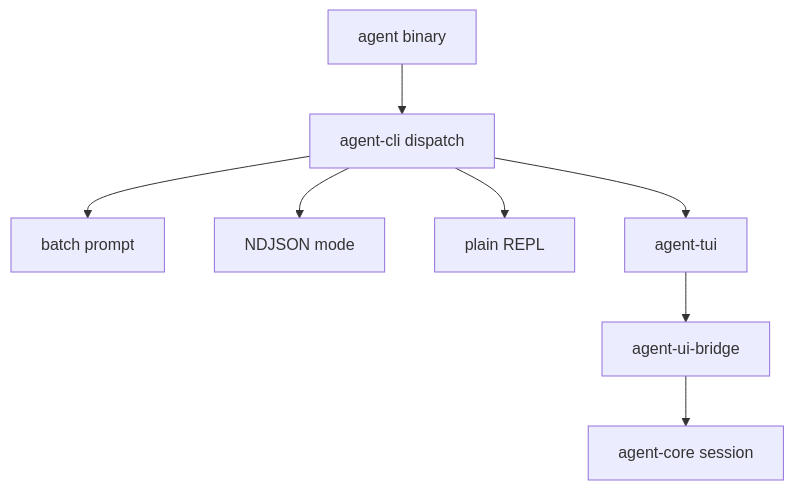
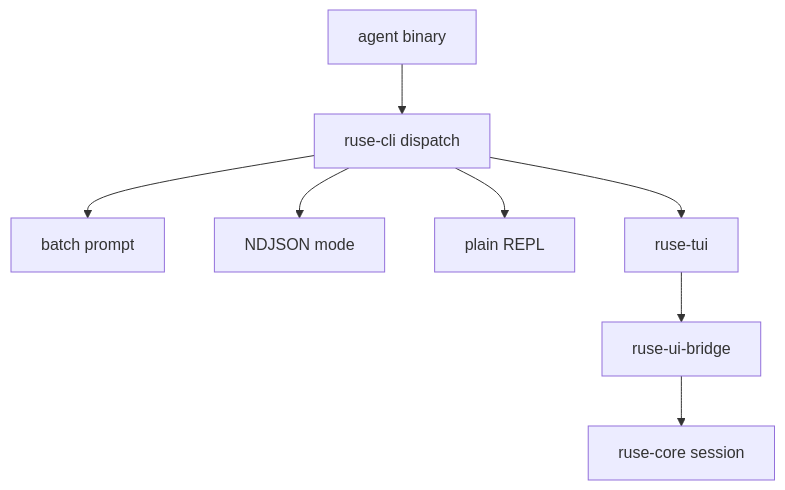
The diagram in docs/specs/M20-00-terminal-ux-tui-technical-design.spec.md (poneding/agent), drawn with Mermaid before and after one commit. The commit also changed other lines of this file and 2091 other files, not shown here.

First line of the commit message:
refactor: rename agent branding to ruse

````diff
--- a/docs/specs/M20-00-terminal-ux-tui-technical-design.spec.md
+++ b/docs/specs/M20-00-terminal-ux-tui-technical-design.spec.md
@@ -37,10 +37,10 @@
 ```mermaid
 flowchart TD
-  Binary["agent binary"] --> CLI["agent-cli dispatch"]
+  Binary["agent binary"] --> CLI["ruse-cli dispatch"]
   CLI --> Batch["batch prompt"]
   CLI --> Json["NDJSON mode"]
   CLI --> Plain["plain REPL"]
-  CLI --> TUI["agent-tui"]
-  TUI --> Bridge["agent-ui-bridge"]
-  Bridge --> Runtime["agent-core session"]
+  CLI --> TUI["ruse-tui"]
+  TUI --> Bridge["ruse-ui-bridge"]
+  Bridge --> Runtime["ruse-core session"]
 ```
````
